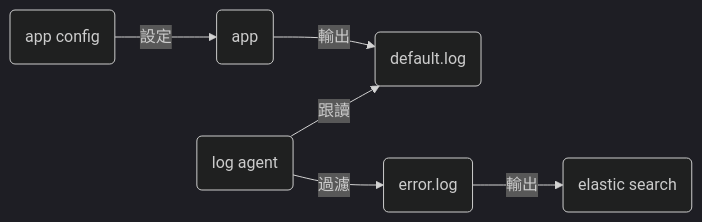
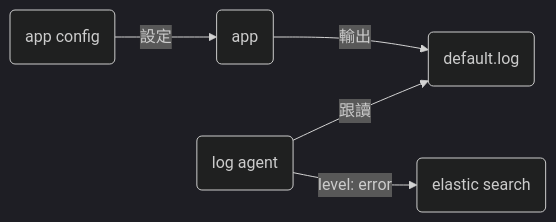
Before and after one commit to Ben199810/ben199810.github.io: the fourth of 4 diagrams in content/posts/elastic/log_format/index.md, drawn with Mermaid (dark theme). The commit also changed other lines of this file, not shown here.

Commit message:
docs: 簡化日誌設計原則並釐清日誌流程圖
移除日誌設計原則中的 "How"，使概念更聚焦於核心目的。
優化日誌流程圖，直接透過 log agent 進行級別過濾並輸出至 ES，避免不必要的中間檔案概念，讓流程更為清晰。

```diff
--- a/content/posts/elastic/log_format/index.md
+++ b/content/posts/elastic/log_format/index.md
@@ -152,7 +151,7 @@
 {{< mermaid >}}
 graph LR
     app_config(app config) -->|設定| app(app)
     app(app) -->|輸出| log_file(default.log)
     log_agent(log agent) -->|跟讀| log_file(default.log)
-    log_agent(log agent) -->|過濾| log_file_filtered(error.log) -->|輸出| es(elastic search)
+    log_agent(log agent) -->|level: error| es(elastic search)
 {{< /mermaid >}}
```
